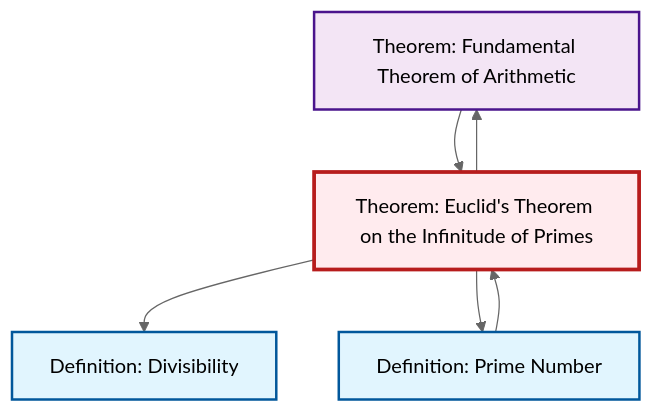
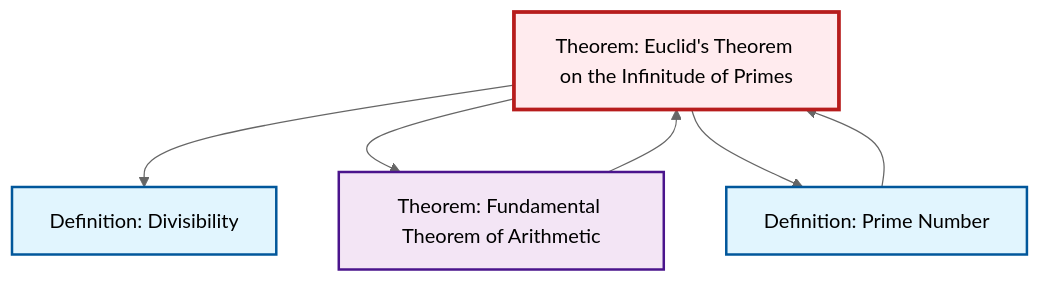
Before and after one commit to RK0429/ModernMath: the diagram in content/en/number-theory/thm-euclid-infinitude-primes.qmd, drawn with Mermaid (neutral theme). The commit also changed other lines of this file and 1012 other files, not shown here.

````diff
--- a/content/en/number-theory/thm-euclid-infinitude-primes.qmd
+++ b/content/en/number-theory/thm-euclid-infinitude-primes.qmd
@@ -94,22 +94,22 @@
 ```{mermaid}
 %%| fig-cap: "Local dependency graph"
 graph TD
     classDef definition fill:#e1f5fe,stroke:#01579b,stroke-width:2px
     classDef theorem fill:#f3e5f5,stroke:#4a148c,stroke-width:2px
     classDef axiom fill:#fff3e0,stroke:#e65100,stroke-width:2px
     classDef example fill:#e8f5e9,stroke:#1b5e20,stroke-width:2px
     classDef current fill:#ffebee,stroke:#b71c1c,stroke-width:3px
-    thm-fundamental-arithmetic["Theorem: Fundamental Theorem of Arithmetic"]:::theorem
+    thm-euclid-infinitude-primes["Theorem: Euclid's Theorem on the Infinitude of Primes"]:::theorem
     def-prime["Definition: Prime Number"]:::definition
     def-divisibility["Definition: Divisibility"]:::definition
-    thm-euclid-infinitude-primes["Theorem: Euclid's Theorem on the Infinitude of Primes"]:::theorem
+    thm-fundamental-arithmetic["Theorem: Fundamental Theorem of Arithmetic"]:::theorem
+    thm-euclid-infinitude-primes --> def-divisibility
     def-prime --> thm-euclid-infinitude-primes
+    thm-fundamental-arithmetic --> thm-euclid-infinitude-primes
     thm-euclid-infinitude-primes --> thm-fundamental-arithmetic
-    thm-fundamental-arithmetic --> thm-euclid-infinitude-primes
-    thm-euclid-infinitude-primes --> def-divisibility
     thm-euclid-infinitude-primes --> def-prime
     class thm-euclid-infinitude-primes current
-    click thm-fundamental-arithmetic "thm-fundamental-arithmetic.html" "Go to Fundamental Theorem of Arithmetic theorem"
     click def-prime "def-prime.html" "Go to Prime Number definition"
     click def-divisibility "def-divisibility.html" "Go to Divisibility definition"
+    click thm-fundamental-arithmetic "thm-fundamental-arithmetic.html" "Go to Fundamental Theorem of Arithmetic theorem"
 ```
````
